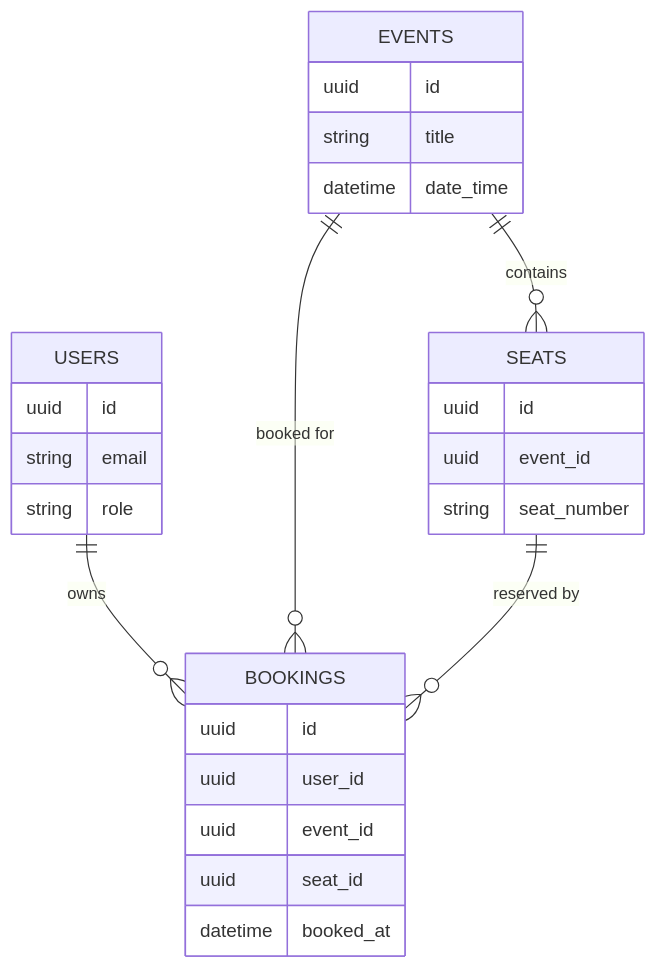
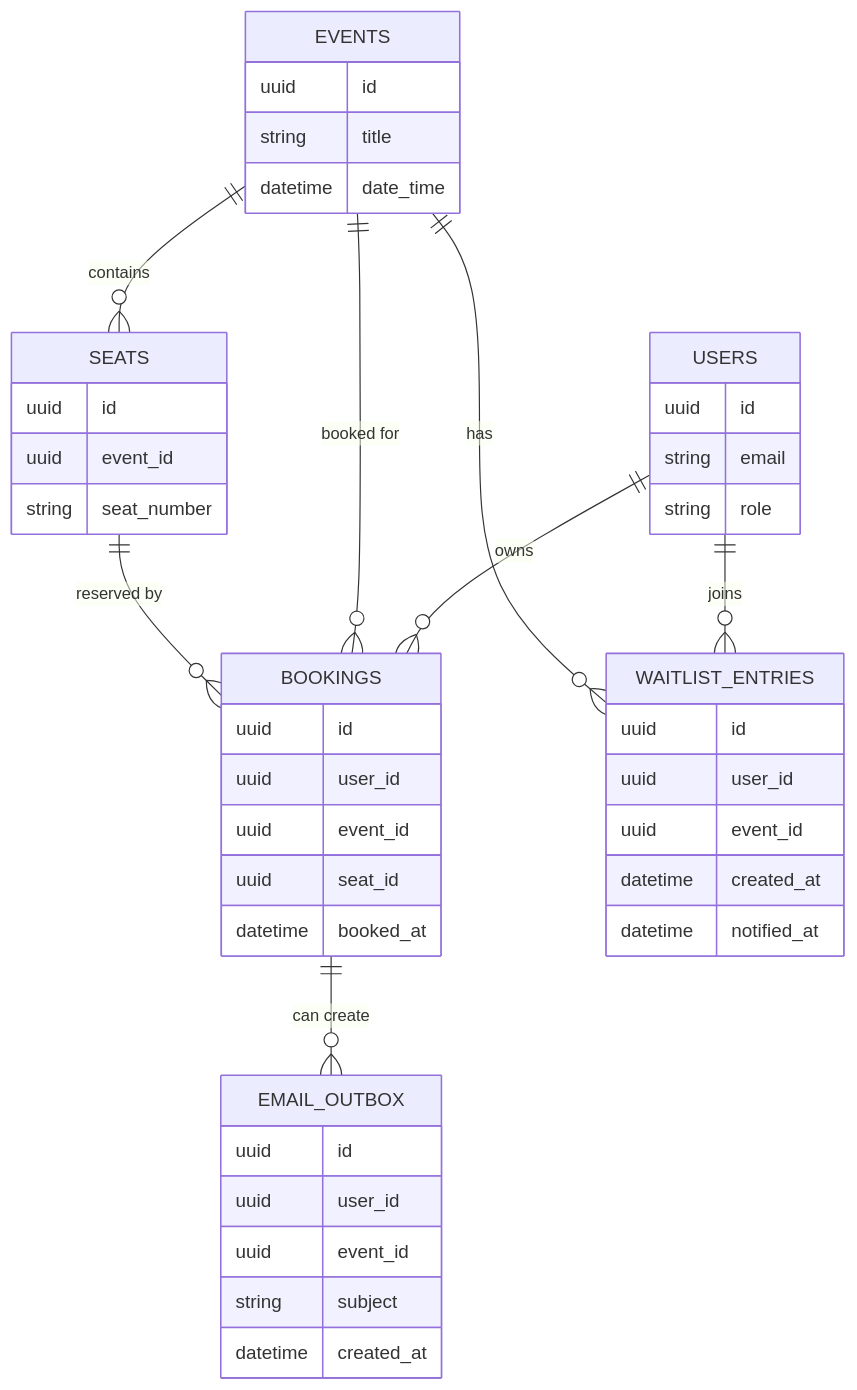
Before and after one commit to kasparasdownas/Full-stack_projekt: the second of 3 diagrams in docs/architecture.md, drawn with Mermaid. The commit also changed other lines of this file and 6 other files, not shown here.

````diff
--- a/docs/architecture.md
+++ b/docs/architecture.md
@@ -84,30 +86,47 @@
 ```mermaid
 erDiagram
   USERS ||--o{ BOOKINGS : "owns"
   EVENTS ||--o{ SEATS : "contains"
   EVENTS ||--o{ BOOKINGS : "booked for"
   SEATS ||--o{ BOOKINGS : "reserved by"
+  USERS ||--o{ WAITLIST_ENTRIES : "joins"
+  EVENTS ||--o{ WAITLIST_ENTRIES : "has"
+  BOOKINGS ||--o{ EMAIL_OUTBOX : "can create"
 
   USERS {
     uuid id
     string email
     string role
   }
   EVENTS {
     uuid id
     string title
     datetime date_time
   }
   SEATS {
     uuid id
     uuid event_id
     string seat_number
   }
   BOOKINGS {
     uuid id
     uuid user_id
     uuid event_id
     uuid seat_id
     datetime booked_at
   }
+  WAITLIST_ENTRIES {
+    uuid id
+    uuid user_id
+    uuid event_id
+    datetime created_at
+    datetime notified_at
+  }
+  EMAIL_OUTBOX {
+    uuid id
+    uuid user_id
+    uuid event_id
+    string subject
+    datetime created_at
+  }
 ```
````
